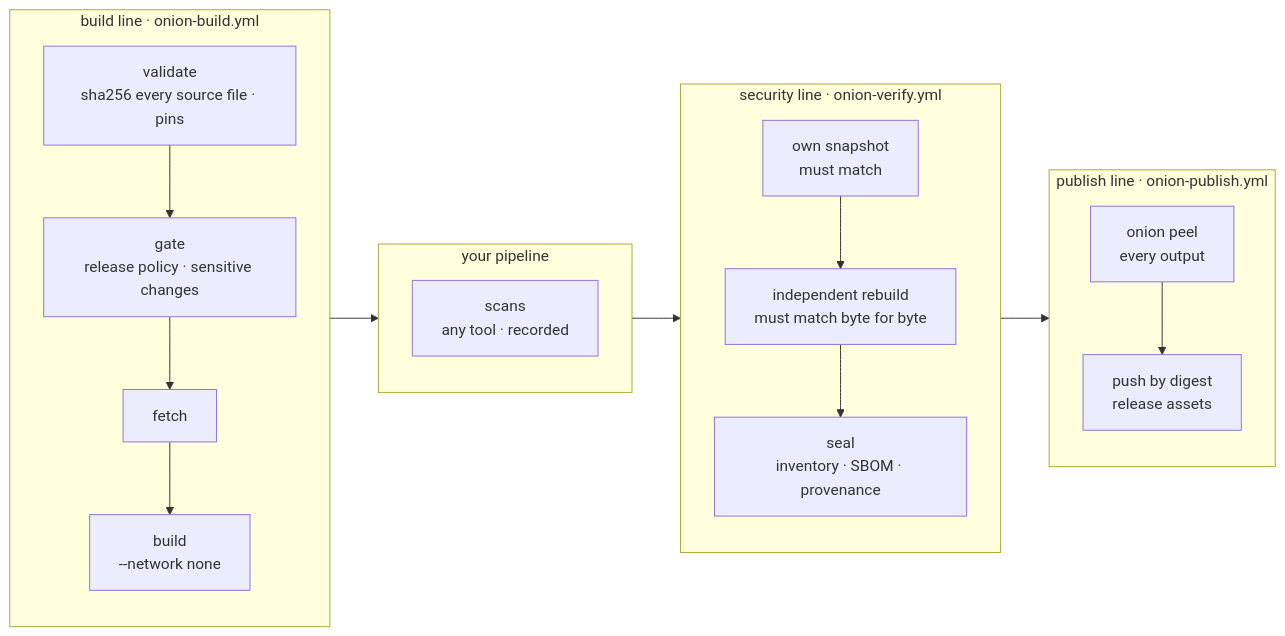
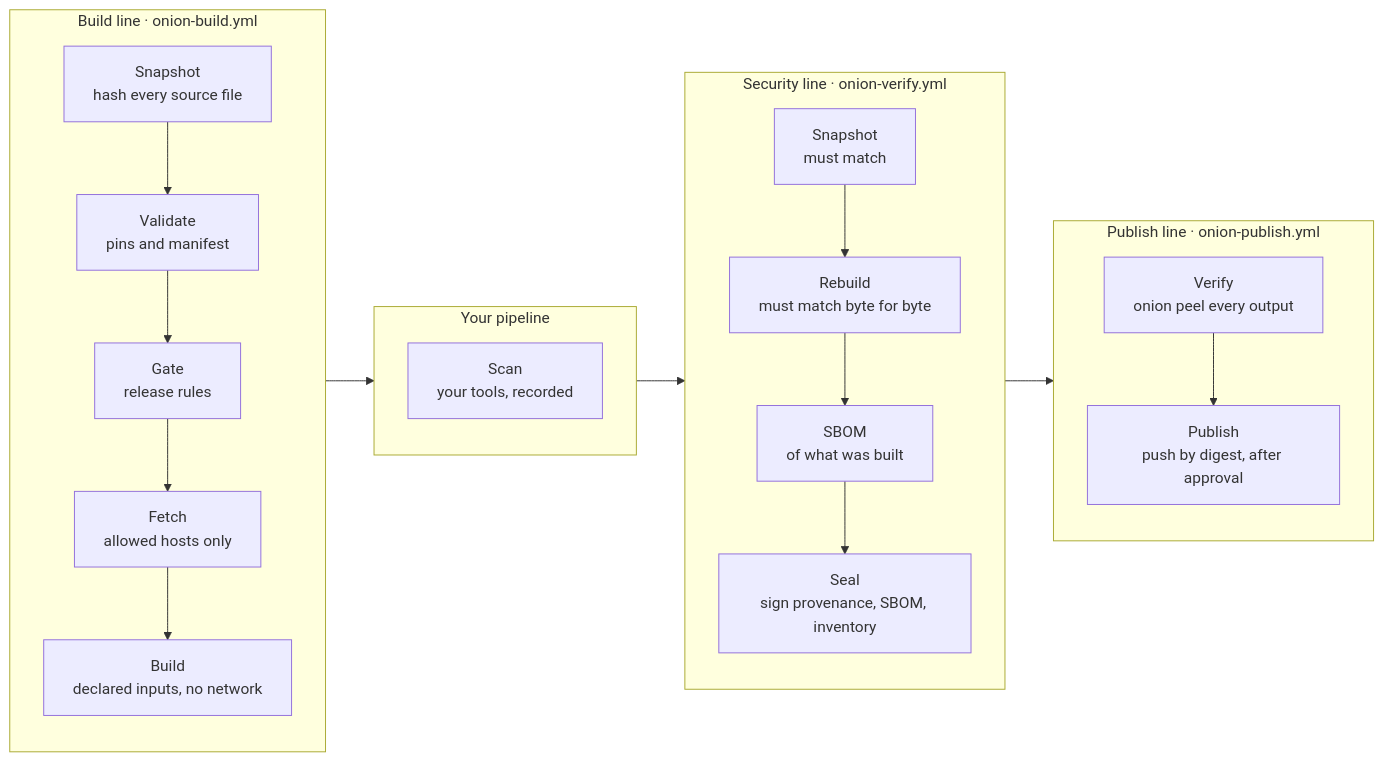
One commit to PatterCJ/build-onion changed the diagram in README.md. Above: the diagram before and after it, drawn with Mermaid. The commit also changed other lines of this file and 2 other files, not shown here.

First line of the commit message:
README: what you provide and get, verified claims, clearer peel reference

````diff
--- a/README.md
+++ b/README.md
@@ -22,19 +33,19 @@
 ```mermaid
 flowchart LR
-  subgraph B["build line · onion-build.yml"]
+  subgraph B["Build line · onion-build.yml"]
     direction TB
-    B1[validate<br/>sha256 every source file · pins] --> B2[gate<br/>release policy · sensitive changes] --> B3[fetch] --> B4[build<br/>--network none]
+    B1["Snapshot<br/>hash every source file"] --> B2["Validate<br/>pins and manifest"] --> B3["Gate<br/>release rules"] --> B4["Fetch<br/>allowed hosts only"] --> B5["Build<br/>declared inputs, no network"]
   end
-  subgraph S["your pipeline"]
-    SC[scans<br/>any tool · recorded]
+  subgraph S["Your pipeline"]
+    S1["Scan<br/>your tools, recorded"]
   end
-  subgraph V["security line · onion-verify.yml"]
+  subgraph V["Security line · onion-verify.yml"]
     direction TB
-    V1[own snapshot<br/>must match] --> V2[independent rebuild<br/>must match byte for byte] --> V3[seal<br/>inventory · SBOM · provenance]
+    V1["Snapshot<br/>must match"] --> V2["Rebuild<br/>must match byte for byte"] --> V3["SBOM<br/>of what was built"] --> V4["Seal<br/>sign provenance, SBOM, inventory"]
   end
-  subgraph P["publish line · onion-publish.yml"]
+  subgraph P["Publish line · onion-publish.yml"]
     direction TB
-    P1[onion peel<br/>every output] --> P2[push by digest<br/>release assets]
+    P1["Verify<br/>onion peel every output"] --> P2["Publish<br/>push by digest, after approval"]
   end
   B --> S --> V --> P
 ```
````
